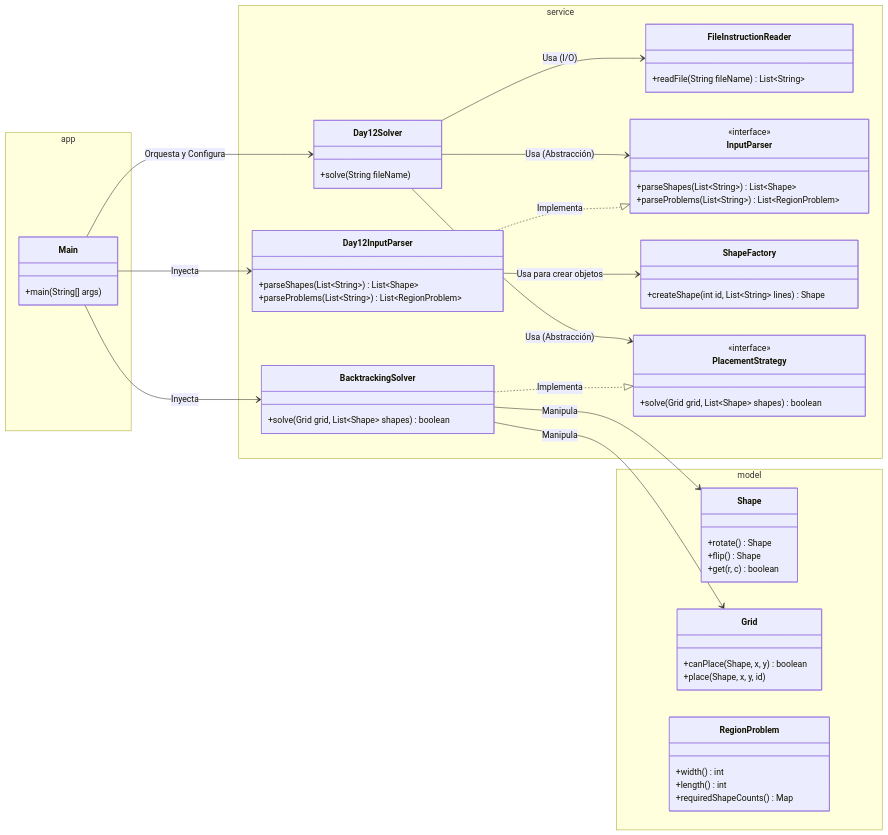
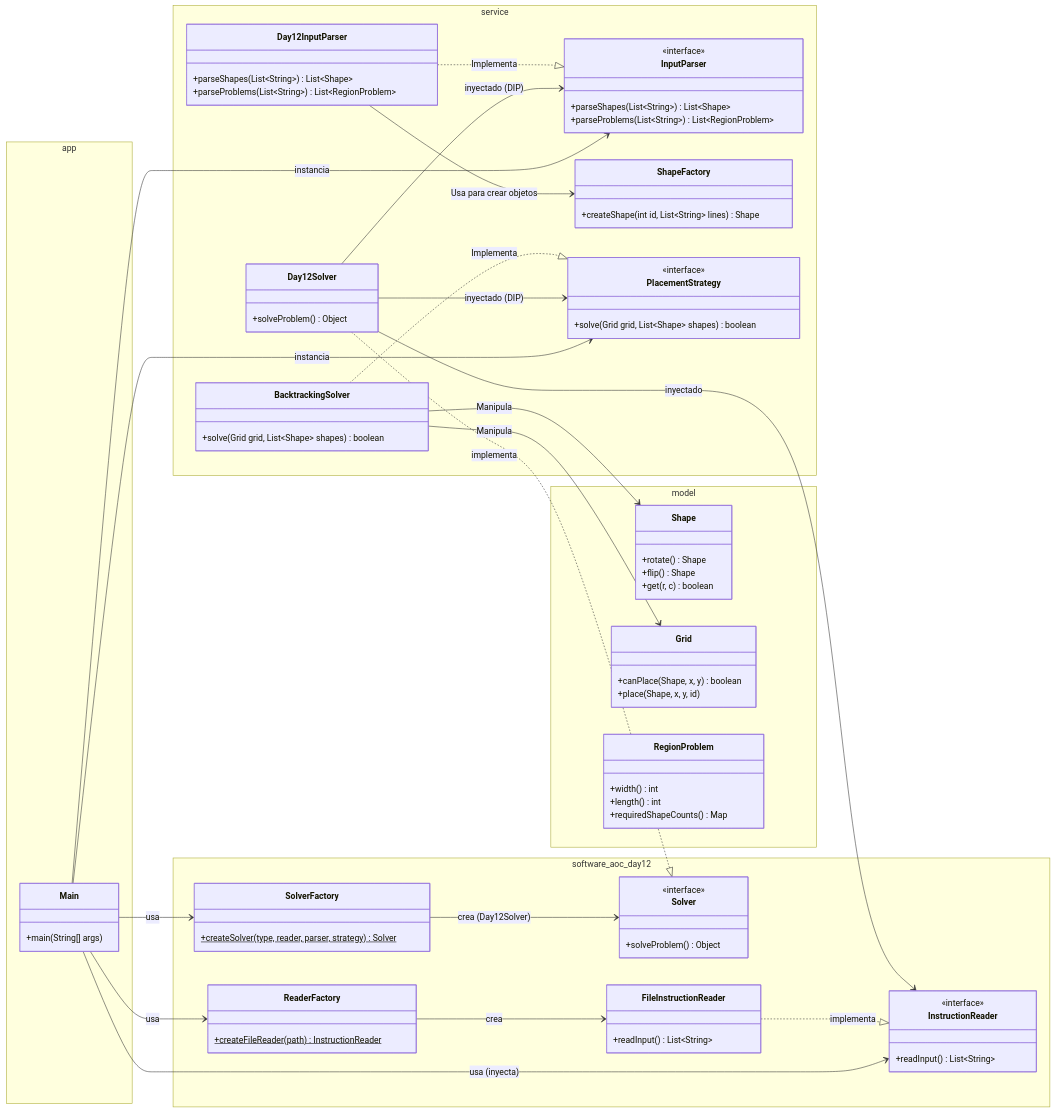
Before and after one commit to Carlossr2401/AOC2025: the diagram in src/main/java/software/aoc/day12/README.md, drawn with Mermaid. The commit also changed other lines of this file and 53 other files, not shown here.

```diff
--- a/src/main/java/software/aoc/day12/README.md
+++ b/src/main/java/software/aoc/day12/README.md
@@ -19,14 +19,35 @@
         }
     }
 
+    %% Capa de Dominio/Servicio
+    namespace software_aoc_day12 {
+        class Solver {
+            <<interface>>
+            +solveProblem() Object
+        }
+
+        class InstructionReader {
+            <<interface>>
+            +readInput() List~String~
+        }
+
+        class FileInstructionReader {
+            +readInput() List~String~
+        }
+
+        class ReaderFactory {
+            +createFileReader(path) InstructionReader$
+        }
+
+        class SolverFactory {
+            +createSolver(type, reader, parser, strategy) Solver$
+        }
+    }
+
     %% Capa de Servicio
     namespace service {
         class Day12Solver {
-            +solve(String fileName)
-        }
-
-        class FileInstructionReader {
-            +readFile(String fileName) List~String~
+            +solveProblem() Object
         }
 
         class InputParser {
@@ -73,13 +94,21 @@
     }
 
     %% Relaciones
-    Main --> Day12Solver : Orquesta y Configura
-    Main --> BacktrackingSolver : Inyecta
-    Main --> Day12InputParser : Inyecta
+    Main --> SolverFactory : usa
+    Main --> ReaderFactory : usa
+    Main --> InstructionReader : usa (inyecta)
+    Main --> PlacementStrategy : instancia
+    Main --> InputParser : instancia
 
-    Day12Solver --> FileInstructionReader : Usa (I/O)
-    Day12Solver --> InputParser : Usa (Abstracción)
-    Day12Solver --> PlacementStrategy : Usa (Abstracción)
+    SolverFactory --> Solver : crea (Day12Solver)
+    ReaderFactory --> FileInstructionReader : crea
+
+    Day12Solver ..|> Solver : implementa
+    FileInstructionReader ..|> InstructionReader : implementa
+
+    Day12Solver --> InstructionReader : inyectado
+    Day12Solver --> InputParser : inyectado (DIP)
+    Day12Solver --> PlacementStrategy : inyectado (DIP)
 
     Day12InputParser ..|> InputParser : Implementa
     BacktrackingSolver ..|> PlacementStrategy : Implementa
```
